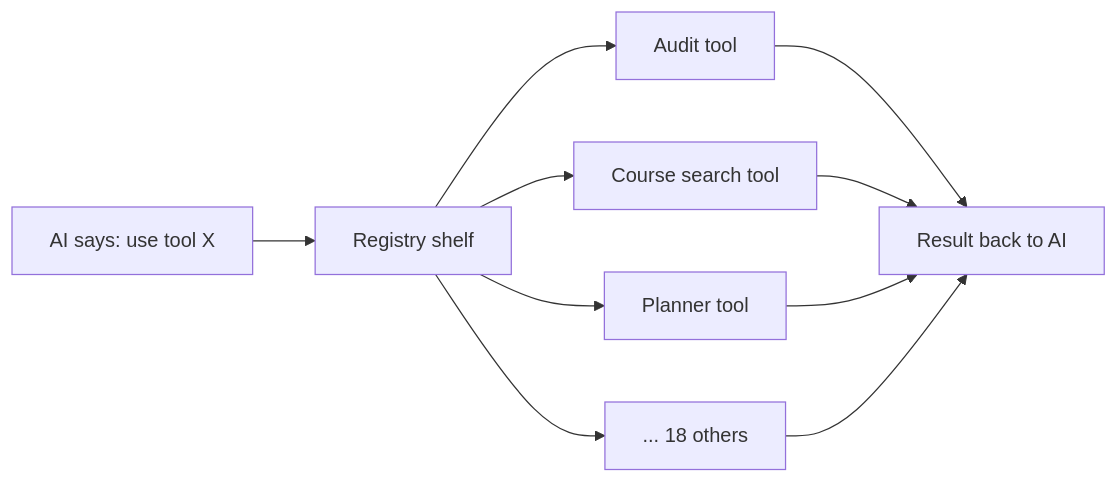
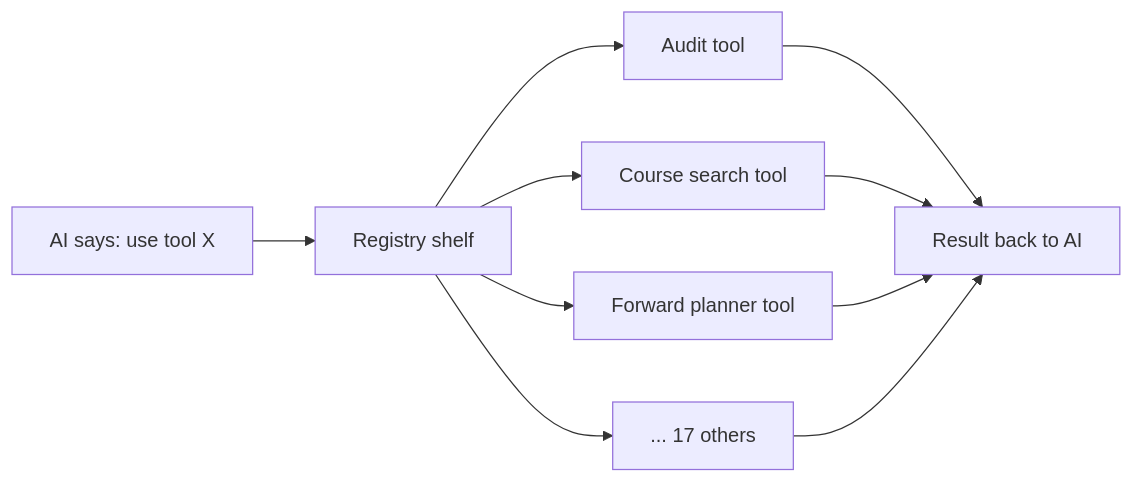
One commit to EdoardoMongardi/NYU_Path changed the first of 2 diagrams in Docs/current-system/engine/tool-registry.md. Above: the diagram before and after it, drawn with Mermaid. The commit also changed other lines of this file and 73 other files, not shown here.

````diff
--- a/Docs/current-system/engine/tool-registry.md
+++ b/Docs/current-system/engine/tool-registry.md
@@ -9,12 +11,12 @@
 ```mermaid
 flowchart LR
     AI[AI says: use tool X] --> Registry[Registry shelf]
     Registry --> T1[Audit tool]
     Registry --> T2[Course search tool]
-    Registry --> T3[Planner tool]
-    Registry --> T4[... 18 others]
+    Registry --> T3[Forward planner tool]
+    Registry --> T4[... 17 others]
     T1 --> Result[Result back to AI]
     T2 --> Result
     T3 --> Result
     T4 --> Result
 ```
````
